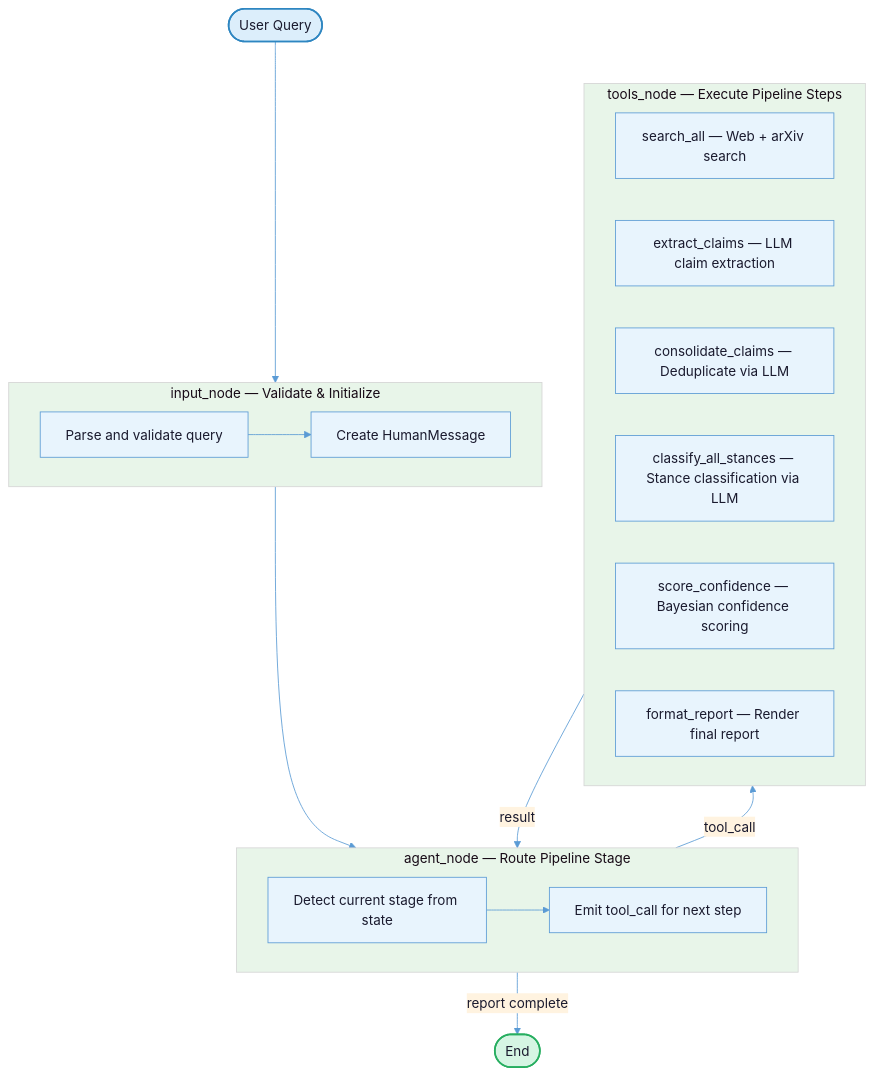
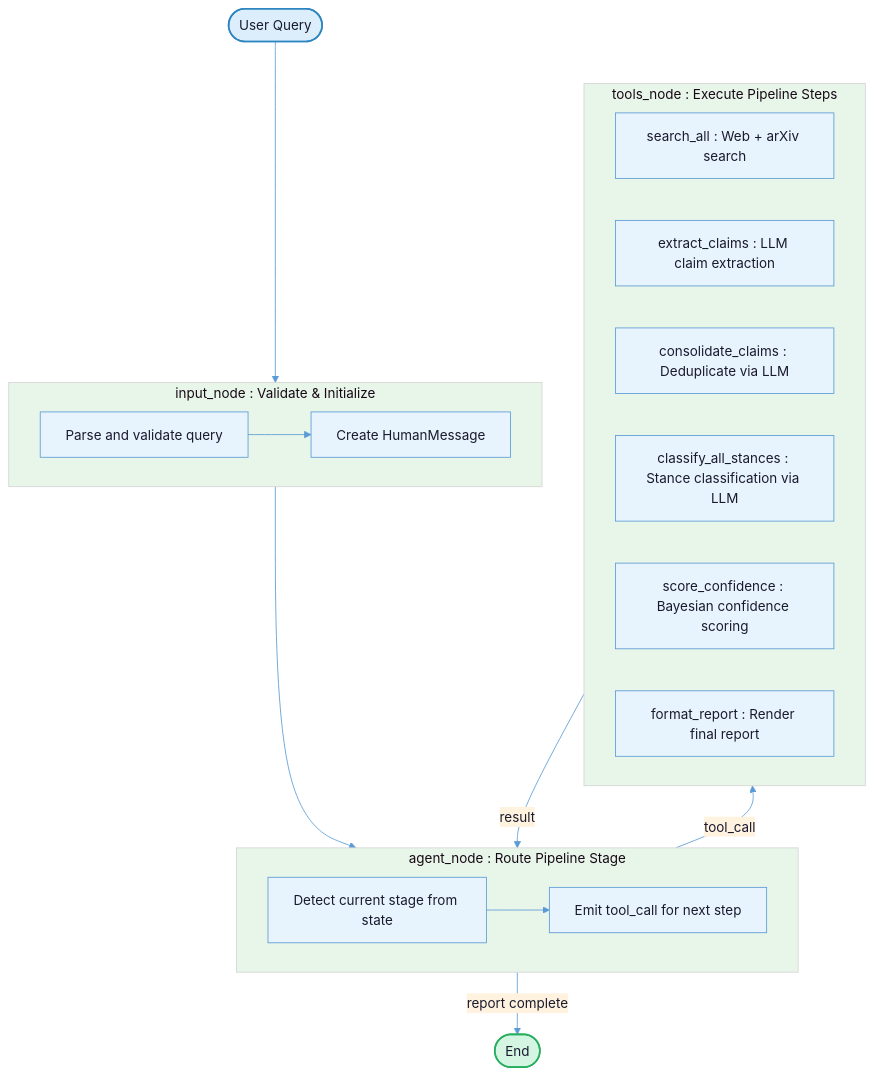
The diagram in README.md (gvarchala-pixel/Confidence-Scorer), drawn with Mermaid before and after one commit. The commit also changed other lines of this file, not shown here.

````diff
--- a/README.md
+++ b/README.md
@@ -17,37 +17,37 @@
 ```mermaid
 %%{init: {'theme': 'base', 'themeVariables': {'primaryColor': '#E8F4FD', 'primaryTextColor': '#1a1a2e', 'primaryBorderColor': '#5B9BD5', 'lineColor': '#5B9BD5', 'secondaryColor': '#FFF3E0', 'tertiaryColor': '#E8F5E9'}}}%%
 flowchart TD
     Q([" User Query "]):::input
 
-    subgraph input_node [" input_node — Validate & Initialize "]
+    subgraph input_node [" input_node : Validate & Initialize "]
         I1["Parse and validate query"]
         I2["Create HumanMessage"]
         I1 --> I2
     end
 
-    subgraph agent_node [" agent_node — Route Pipeline Stage "]
+    subgraph agent_node [" agent_node : Route Pipeline Stage "]
         A1["Detect current stage from state"]
         A2["Emit tool_call for next step"]
         A1 --> A2
     end
 
-    subgraph tools_node [" tools_node — Execute Pipeline Steps "]
-        T1["search_all — Web + arXiv search"]
-        T2["extract_claims — LLM claim extraction"]
-        T3["consolidate_claims — Deduplicate via LLM"]
-        T4["classify_all_stances — Stance classification via LLM"]
-        T5["score_confidence — Bayesian confidence scoring"]
-        T6["format_report — Render final report"]
+    subgraph tools_node [" tools_node : Execute Pipeline Steps "]
+        T1["search_all : Web + arXiv search"]
+        T2["extract_claims : LLM claim extraction"]
+        T3["consolidate_claims : Deduplicate via LLM"]
+        T4["classify_all_stances : Stance classification via LLM"]
+        T5["score_confidence : Bayesian confidence scoring"]
+        T6["format_report : Render final report"]
     end
 
     DONE([" End "]):::done
 
     Q --> input_node
     input_node --> agent_node
     agent_node -->|"tool_call"| tools_node
     tools_node -->|"result"| agent_node
     agent_node -->|"report complete"| DONE
 
     classDef input fill:#DCEEFB,stroke:#2E86C1,color:#1a1a2e,stroke-width:2px
     classDef done fill:#D5F5E3,stroke:#27AE60,color:#1a1a2e,stroke-width:2px
 ```
````
